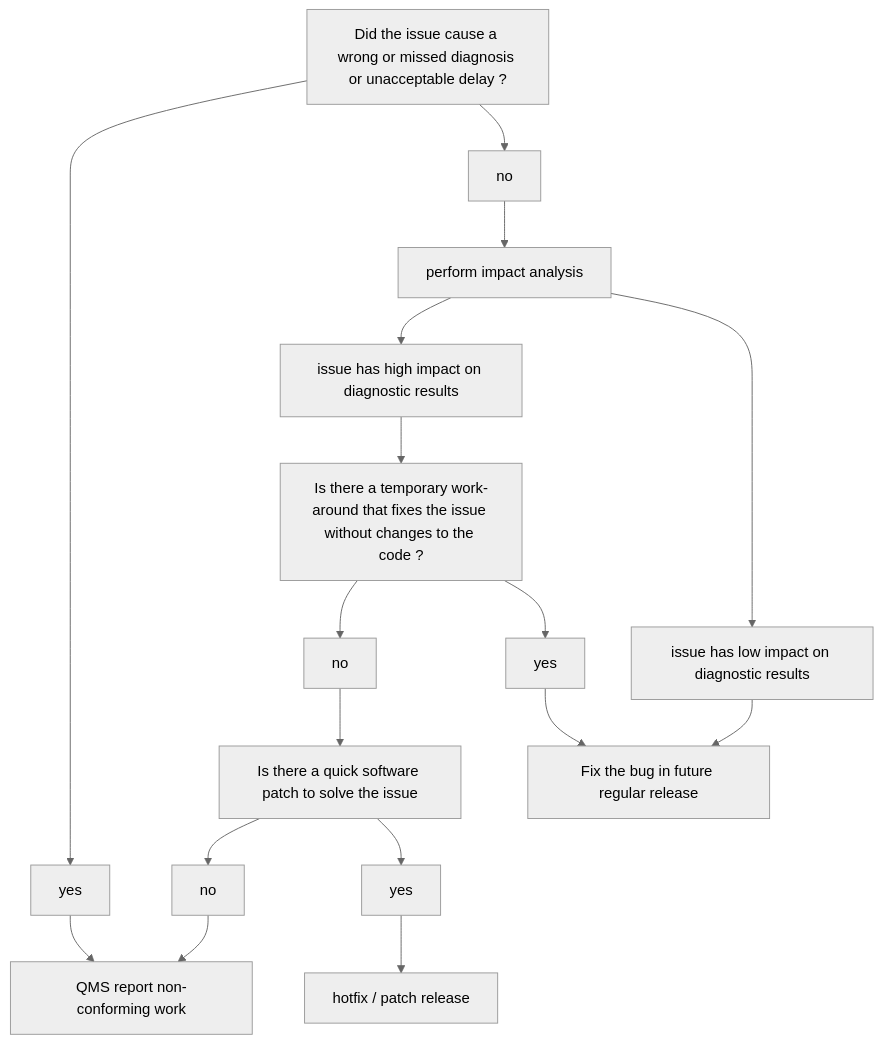
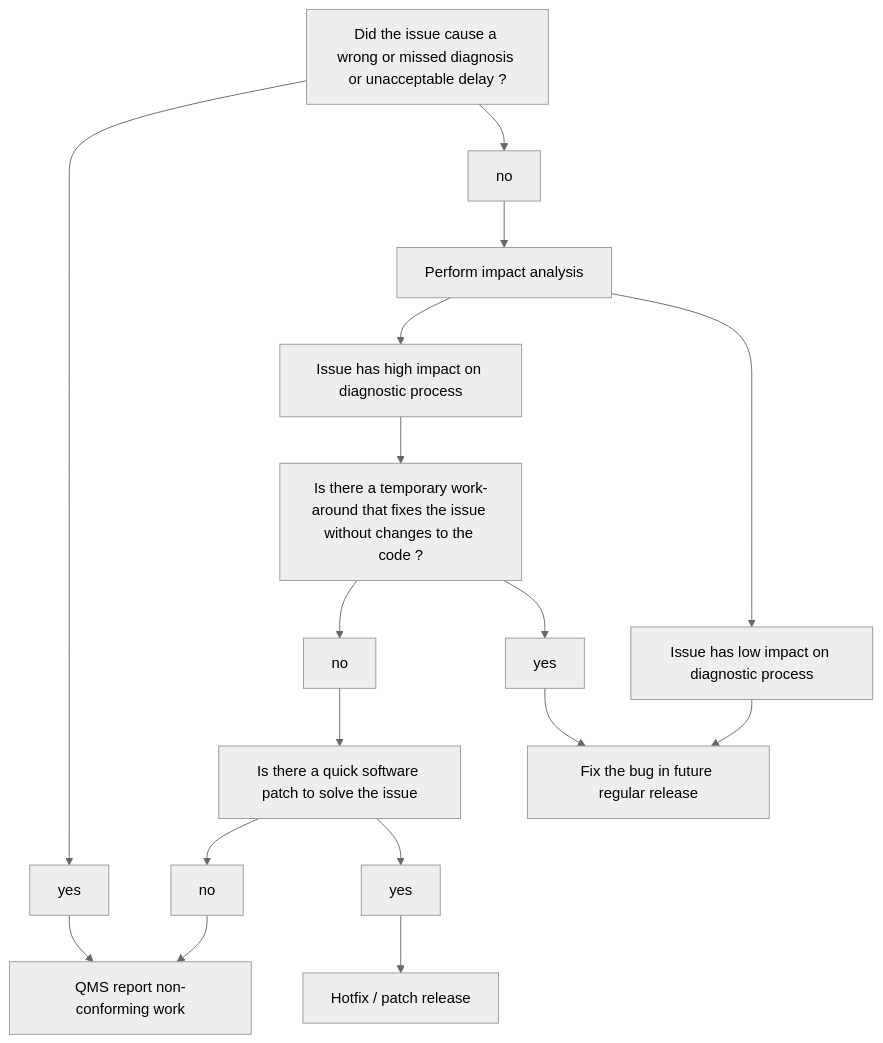
One commit to VKGL-Kwaliteit/BioinformaticaVeldnorm changed the diagram in docs/fieldnorm/user_feedback.md. Above: the diagram before and after it, drawn with Mermaid (neutral theme). The commit also changed 1 other file, not shown here.

Commit message:
small textual changes

````diff
--- a/docs/fieldnorm/user_feedback.md
+++ b/docs/fieldnorm/user_feedback.md
@@ -28,20 +28,20 @@
 ```mermaid
 graph TD;
     A[Did the issue cause a wrong or missed diagnosis or unacceptable delay ?]-->B[yes];
     A-->D[no];
-    D-->X[perform impact analysis]
-    X-->Y[issue has high impact on diagnostic results]
-    X-->Z[issue has low impact on diagnostic results]
+    D-->X[Perform impact analysis]
+    X-->Y[Issue has high impact on diagnostic process]
+    X-->Z[Issue has low impact on diagnostic process]
     Z-->G
     Y-->C[Is there a temporary work-around that fixes the issue without changes to the code ? ];
     B-->E[QMS report non-conforming work];
-    M-->F[hotfix / patch release];
+    M-->F[Hotfix / patch release];
     C-->I[no];
     C-->J[yes];
     J-->G[Fix the bug in future regular release];
     I-->K[Is there a quick software patch to solve the issue]
     K-->L[no]
     K-->M[yes]
     L-->E
 
 ```
````
